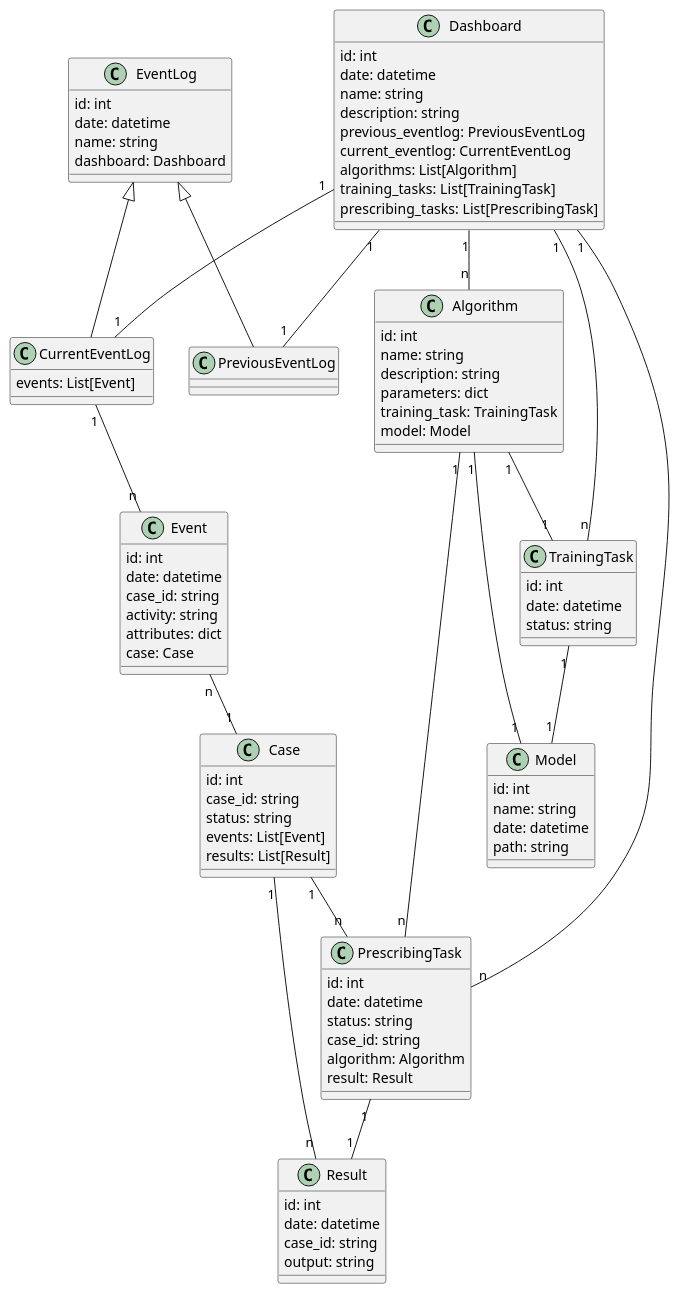
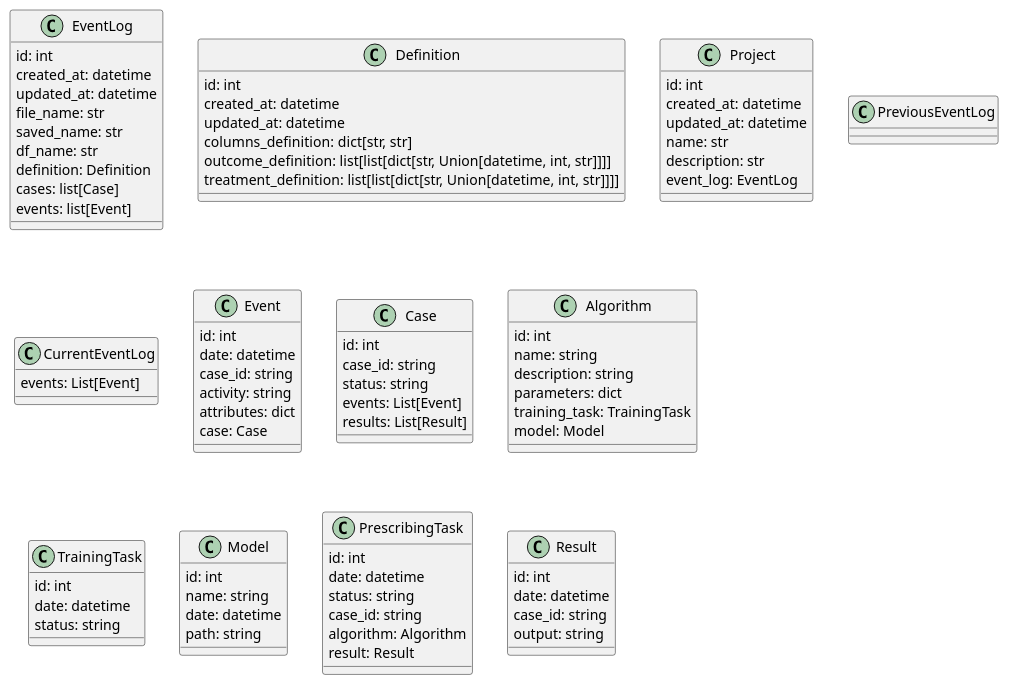
The diagram in docs/backend-classes.plantuml (prcore/prcore), drawn with PlantUML before and after one commit.

```diff
--- a/docs/backend-classes.plantuml
+++ b/docs/backend-classes.plantuml
@@ -1,101 +1,112 @@
-@startuml backend-classes
-
-class Dashboard {
-    id: int
-    date: datetime
-    name: string
-    description: string
-    previous_eventlog: PreviousEventLog
-    current_eventlog: CurrentEventLog
-    algorithms: List[Algorithm]
-    training_tasks: List[TrainingTask]
-    prescribing_tasks: List[PrescribingTask]
-}
+@startuml core-classes
 
 class EventLog {
     id: int
-    date: datetime
-    name: string
-    dashboard: Dashboard
+    created_at: datetime
+    updated_at: datetime
+    file_name: str
+    saved_name: str
+    df_name: str
+    definition: Definition
+    cases: list[Case]
+    events: list[Event]
+}
+
+class Definition {
+    id: int
+    created_at: datetime
+    updated_at: datetime
+    columns_definition: dict[str, str]
+    outcome_definition: list[list[dict[str, Union[datetime, int, str]]]]
+    treatment_definition: list[list[dict[str, Union[datetime, int, str]]]]
+}
+
+class Project {
+    id: int
+    created_at: datetime
+    updated_at: datetime
+    name: str
+    description: str
+    event_log: EventLog
 }
 
 class PreviousEventLog {
 }
 
 class CurrentEventLog {
     events: List[Event]
 }
 
 class Event{
     id: int
     date: datetime
     case_id: string
     activity: string
     attributes: dict
     case: Case
 }
 
 class Case{
     id: int
     case_id: string
     status: string
     events: List[Event]
     results: List[Result]
 }
 
 class Algorithm {
     id: int
     name: string
     description: string
     parameters: dict
     training_task: TrainingTask
     model: Model
 }
 
 class TrainingTask {
     id: int
     date: datetime
     status: string
 }
 
 class Model {
     id: int
     name: string
     date: datetime
     path: string
 }
 
 class PrescribingTask {
     id: int
     date: datetime
     status: string
     case_id: string
     algorithm: Algorithm
     result: Result
 }
 
 class Result {
     id: int
     date: datetime
     case_id: string
     output: string
 }
 
-EventLog <|-- PreviousEventLog
-EventLog <|-- CurrentEventLog
-Dashboard "1" -- "1" PreviousEventLog
-Dashboard "1" -- "1" CurrentEventLog
-CurrentEventLog "1" -- "n" Event
-Event "n" -- "1" Case
-Dashboard "1" -- "n" Algorithm
-Dashboard "1" -- "n" TrainingTask
-Case "1" -- "n" PrescribingTask
-Dashboard "1" -- "n" PrescribingTask
-Algorithm "1" -- "1" TrainingTask
-TrainingTask "1" -- "1" Model
-Algorithm "1" -- "1" Model
-Algorithm "1" -- "n" PrescribingTask
-PrescribingTask "1" -- "1" Result
-Case "1" -- "n" Result
+'EventLog <|-- PreviousEventLog
+'EventLog <|-- CurrentEventLog
+'Project "1" -- "1" PreviousEventLog
+'Project "1" -- "1" CurrentEventLog
+'CurrentEventLog "1" -- "n" Event
+'Event "n" -- "1" Case
+'Project "1" -- "n" Algorithm
+'Project "1" -- "n" TrainingTask
+'Case "1" -- "n" PrescribingTask
+'Project "1" -- "n" PrescribingTask
+'Algorithm "1" -- "1" TrainingTask
+'TrainingTask "1" -- "1" Model
+'Algorithm "1" -- "1" Model
+'Algorithm "1" -- "n" PrescribingTask
+'PrescribingTask "1" -- "1" Result
+'Case "1" -- "n" Result
 
 @enduml
```
